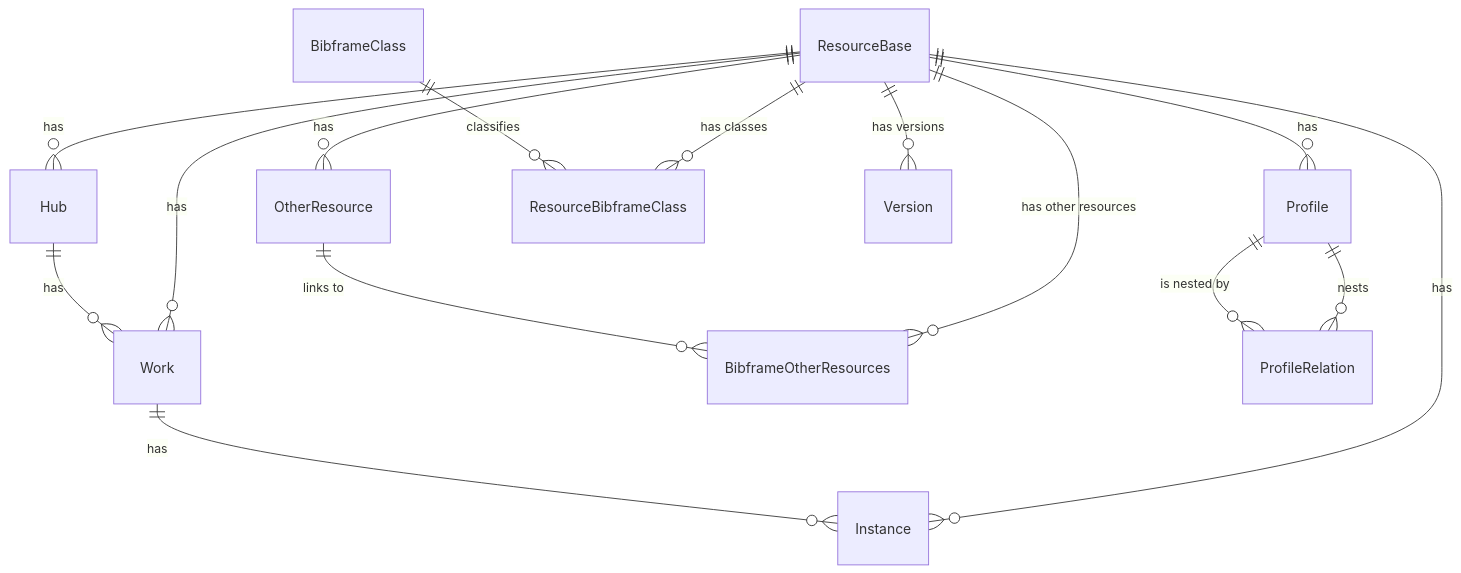
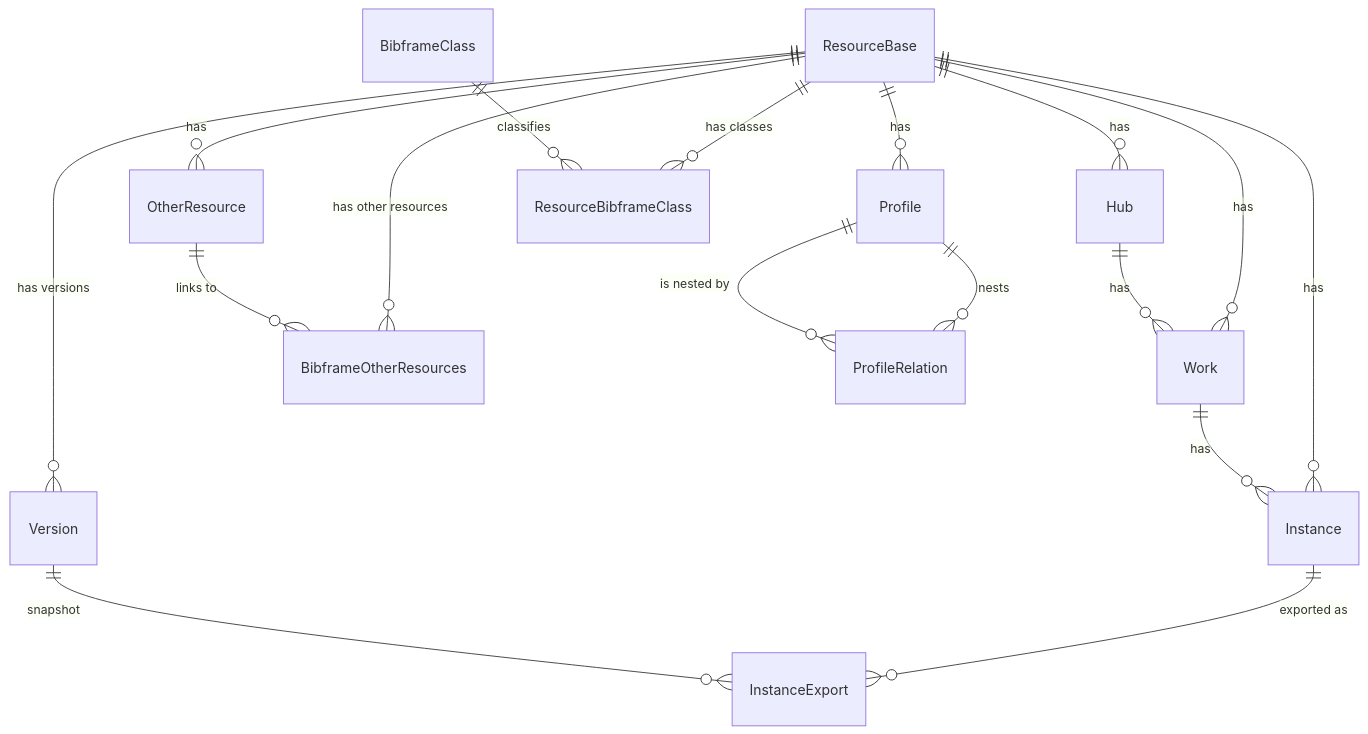
The diagram in README.md (blue-core-lod/bluecore-models), drawn with Mermaid before and after one commit. The commit also changed other lines of this file and 8 other files, not shown here.

Commit message:
Add instanceExport model

````diff
--- a/README.md
+++ b/README.md
@@ -22,21 +22,23 @@
 ```mermaid
 erDiagram
     ResourceBase ||--o{ Hub : "has"
     ResourceBase ||--o{ Instance : "has"
     ResourceBase ||--o{ Work : "has"
     ResourceBase ||--o{ OtherResource : "has"
     ResourceBase ||--o{ Profile : "has"
     ResourceBase ||--o{ ResourceBibframeClass : "has classes"
     ResourceBase ||--o{ Version : "has versions"
     ResourceBase ||--o{ BibframeOtherResources : "has other resources"
 
     Hub ||--o{ Work : "has"
     Work ||--o{ Instance : "has"
+    Instance ||--o{ InstanceExport : "exported as"
+    Version ||--o{ InstanceExport : "snapshot"
     
     BibframeClass ||--o{ ResourceBibframeClass : "classifies"
     
     OtherResource ||--o{ BibframeOtherResources : "links to"
 
     Profile ||--o{ ProfileRelation : "nests"
     Profile ||--o{ ProfileRelation : "is nested by"
 ```
````
